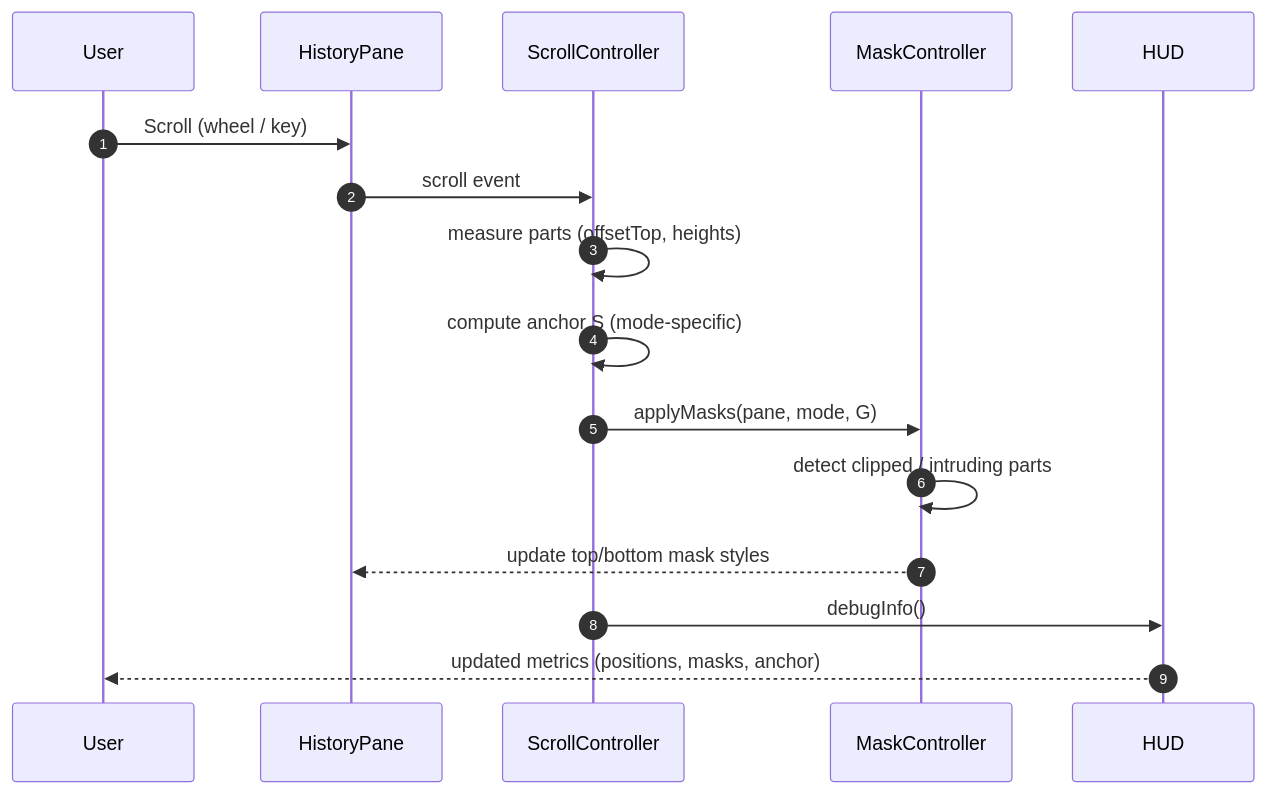
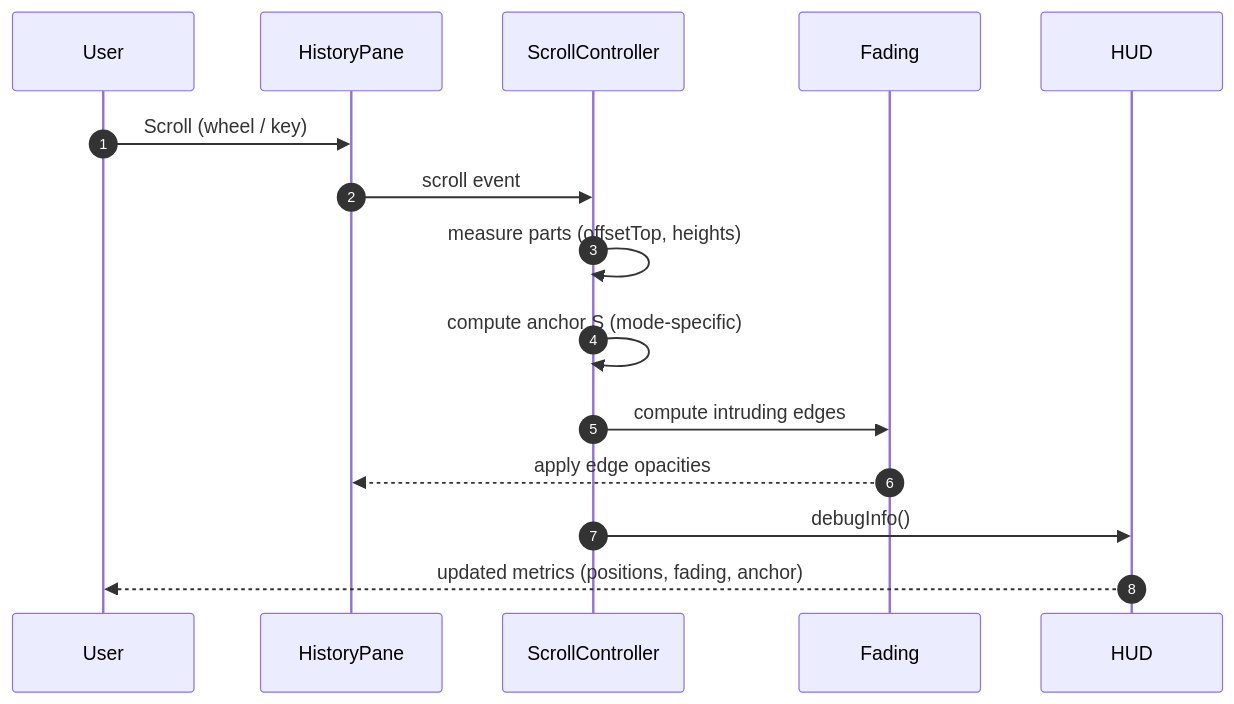
The diagram in docs/diagrams/04-scroll-mask-sequence.md (ebuyakin/maichat), drawn with Mermaid before and after one commit. The commit also changed other lines of this file and 10 other files, not shown here.

````diff
--- a/docs/diagrams/04-scroll-mask-sequence.md
+++ b/docs/diagrams/04-scroll-mask-sequence.md
@@ -3,13 +3,12 @@
 ```mermaid
 sequenceDiagram
   autonumber
   User->>HistoryPane: Scroll (wheel / key)
   HistoryPane->>ScrollController: scroll event
   ScrollController->>ScrollController: measure parts (offsetTop, heights)
   ScrollController->>ScrollController: compute anchor S (mode-specific)
-  ScrollController->>MaskController: applyMasks(pane, mode, G)
-  MaskController->>MaskController: detect clipped / intruding parts
-  MaskController-->>HistoryPane: update top/bottom mask styles
+  ScrollController->>Fading: compute intruding edges
+  Fading-->>HistoryPane: apply edge opacities
   ScrollController->>HUD: debugInfo()
-  HUD-->>User: updated metrics (positions, masks, anchor)
+  HUD-->>User: updated metrics (positions, fading, anchor)
 ```
````
